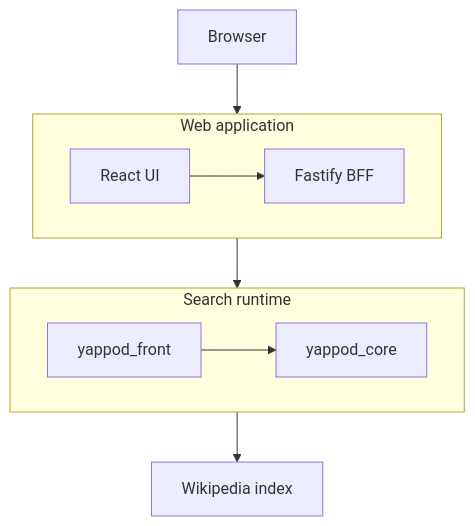
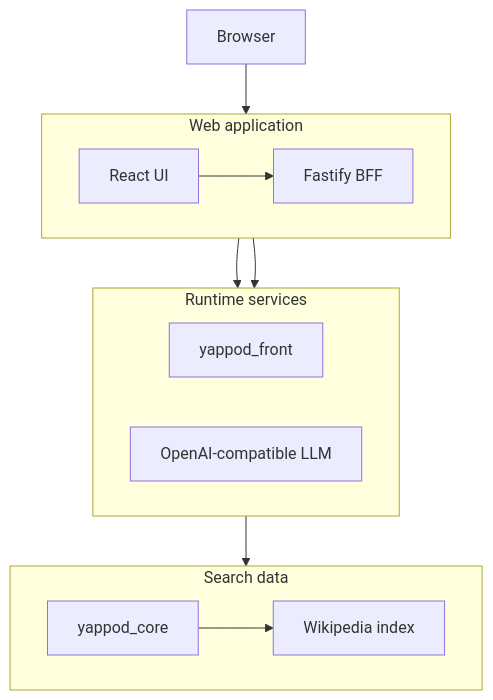
Before and after one commit to yappo/yappod2: the second of 2 diagrams in examples/wikipedia-search/README.md, drawn with Mermaid. The commit also changed other lines of this file and 16 other files, not shown here.

````diff
--- a/examples/wikipedia-search/README.md
+++ b/examples/wikipedia-search/README.md
@@ -175,22 +175,26 @@
 ```mermaid
 flowchart TB
   browser["Browser"]
 
   subgraph application["Web application"]
     direction LR
     ui["React UI"]
     bff["Fastify BFF"]
   end
 
-  subgraph runtime["Search runtime"]
+  subgraph services["Runtime services"]
     direction LR
     front["yappod_front"]
-    core["yappod_core"]
+    llm["OpenAI-compatible LLM"]
   end
 
-  index["Wikipedia index"]
+  subgraph search["Search data"]
+    direction LR
+    core["yappod_core"]
+    index["Wikipedia index"]
+  end
 
   browser --> ui --> bff
-  bff --> front --> core
-  core --> index
+  bff --> front --> core --> index
+  bff --> llm
 ```
````
